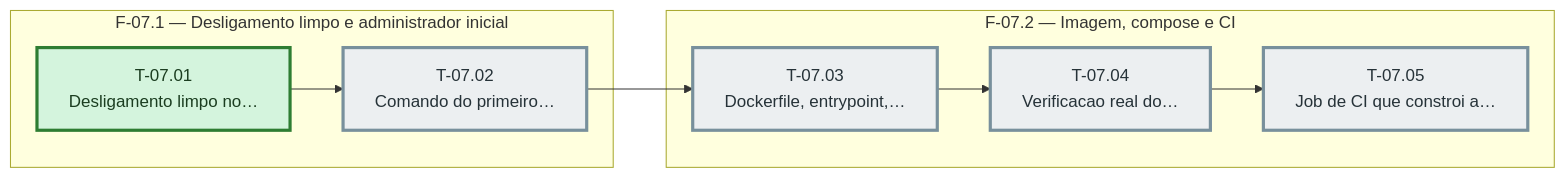
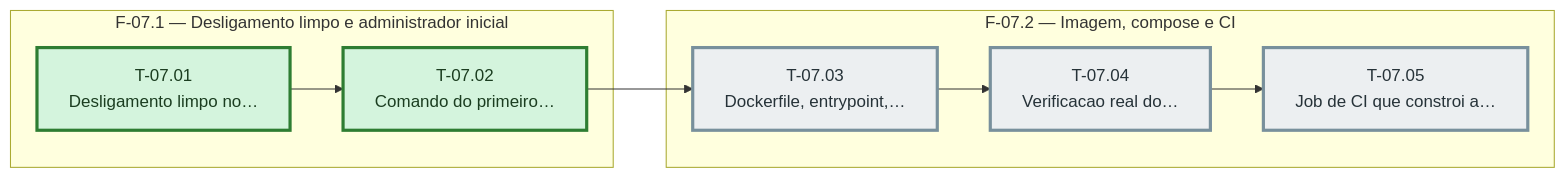
Before and after one commit to bittencourtthulio/converse-chatbot: the diagram in docs/operacao-e-backup/sprint-07/fases.md, drawn with Mermaid. The commit also changed other lines of this file and 9 other files, not shown here.

````diff
--- a/docs/operacao-e-backup/sprint-07/fases.md
+++ b/docs/operacao-e-backup/sprint-07/fases.md
@@ -31,30 +31,30 @@
 ```mermaid
 %% Grafo de tasks — sprint-07 — gerado pela sprintx a partir de tasks.md
 flowchart LR
   subgraph fase_07_1["F-07.1 — Desligamento limpo e administrador inicial"]
     T_07_01["T-07.01<br/>Desligamento limpo no…"]
     T_07_02["T-07.02<br/>Comando do primeiro…"]
   end
   subgraph fase_07_2["F-07.2 — Imagem, compose e CI"]
     T_07_03["T-07.03<br/>Dockerfile, entrypoint,…"]
     T_07_04["T-07.04<br/>Verificacao real do…"]
     T_07_05["T-07.05<br/>Job de CI que constroi a…"]
   end
   T_07_01 --> T_07_02
   T_07_02 --> T_07_03
   T_07_03 --> T_07_04
   T_07_04 --> T_07_05
 
   classDef concluida fill:#d4f4dd,stroke:#2e7d32,color:#1b3d20
   classDef andamento fill:#fff3cd,stroke:#b8860b,color:#4a3800
   classDef bloqueada fill:#f8d7da,stroke:#c62828,color:#4a1d1f
   classDef pendente  fill:#eceff1,stroke:#78909c,color:#263238
   classDef critico   stroke-width:3px
 
   class T_07_01 concluida
-  class T_07_02 pendente
+  class T_07_02 concluida
   class T_07_03 pendente
   class T_07_04 pendente
   class T_07_05 pendente
   class T_07_05,T_07_04,T_07_03,T_07_02,T_07_01 critico
 ```
````
